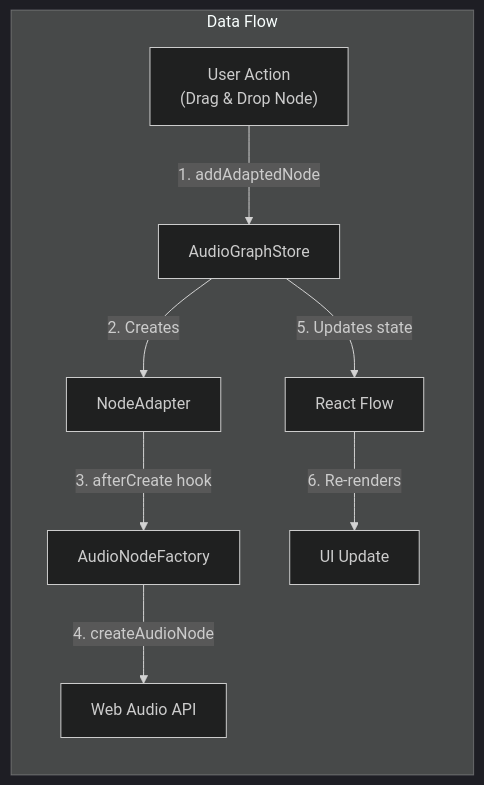
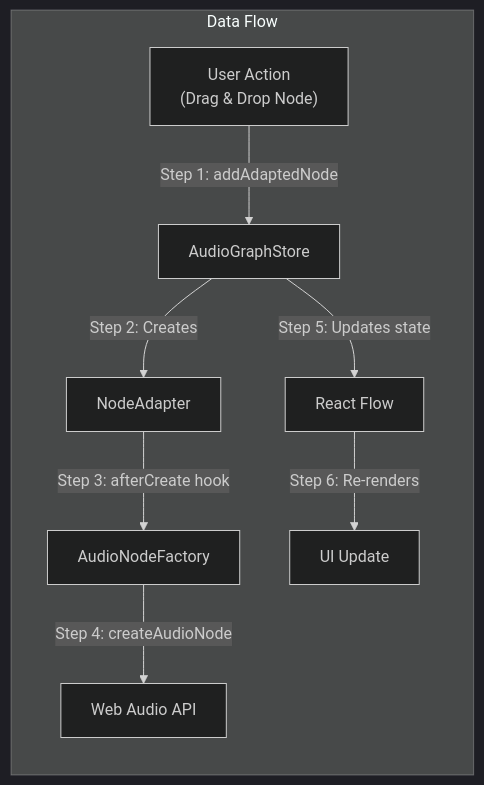
One commit to miltonlaufer/visualwebaudio changed the third of 5 diagrams in ARCHITECTURE.md. Above: the diagram before and after it, drawn with Mermaid (dark theme).

Commit message:
docs(architecture): enhance node flow steps with clear labeling for improved understanding

````diff
--- a/ARCHITECTURE.md
+++ b/ARCHITECTURE.md
@@ -205,19 +205,19 @@
 ```mermaid
 graph LR
     subgraph "Data Flow"
         USER["User Action<br/>(Drag & Drop Node)"]
         AGS["AudioGraphStore"]
         NA["NodeAdapter"]
         ANF["AudioNodeFactory"]
         WA["Web Audio API"]
         RF["React Flow"]
         UI["UI Update"]
         
-        USER -->|1. addAdaptedNode| AGS
-        AGS -->|2. Creates| NA
-        NA -->|3. afterCreate hook| ANF
-        ANF -->|4. createAudioNode| WA
-        AGS -->|5. Updates state| RF
-        RF -->|6. Re-renders| UI
+        USER -->|Step 1: addAdaptedNode| AGS
+        AGS -->|Step 2: Creates| NA
+        NA -->|Step 3: afterCreate hook| ANF
+        ANF -->|Step 4: createAudioNode| WA
+        AGS -->|Step 5: Updates state| RF
+        RF -->|Step 6: Re-renders| UI
     end
 ```
````
